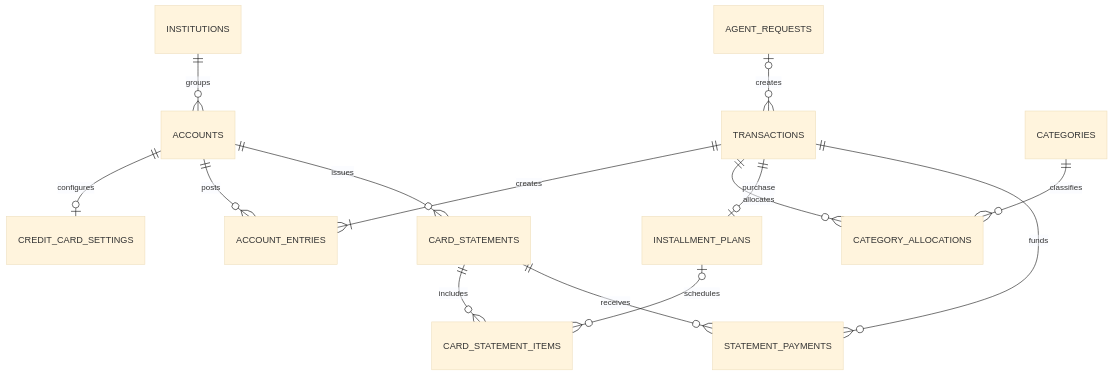
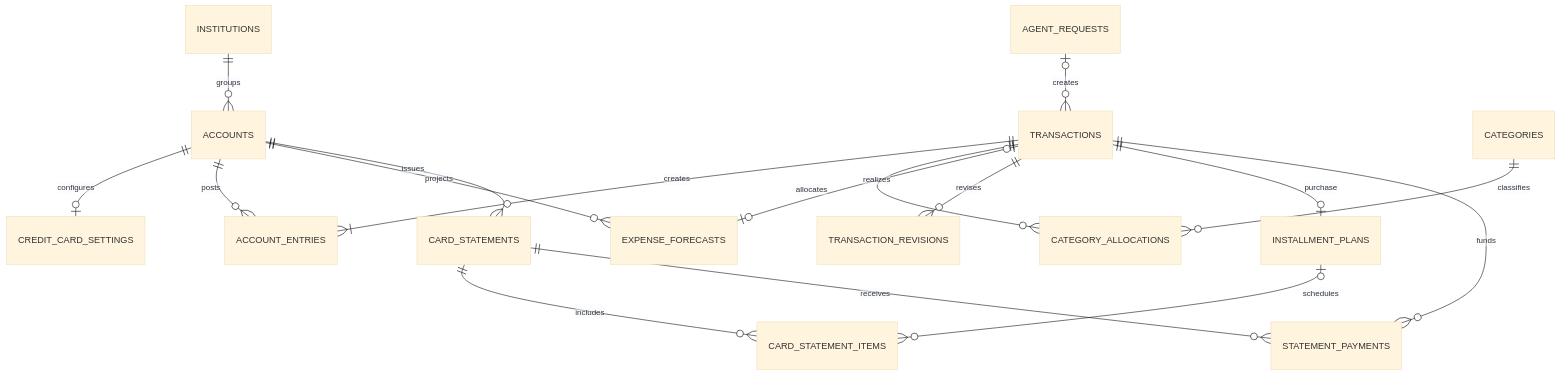
One commit to gdsantana/marvin-project changed the first of 2 diagrams in docs/data-model.md. Above: the diagram before and after it, drawn with Mermaid (base theme). The commit also changed other lines of this file and 153 other files, not shown here.

````diff
--- a/docs/data-model.md
+++ b/docs/data-model.md
@@ -88,16 +88,19 @@
 ```mermaid
 erDiagram
   INSTITUTIONS ||--o{ ACCOUNTS : groups
   ACCOUNTS ||--o| CREDIT_CARD_SETTINGS : configures
   ACCOUNTS ||--o{ ACCOUNT_ENTRIES : posts
   TRANSACTIONS ||--|{ ACCOUNT_ENTRIES : creates
   CATEGORIES ||--o{ CATEGORY_ALLOCATIONS : classifies
   TRANSACTIONS ||--o{ CATEGORY_ALLOCATIONS : allocates
+  ACCOUNTS ||--o{ EXPENSE_FORECASTS : projects
+  TRANSACTIONS o|--o| EXPENSE_FORECASTS : realizes
+  TRANSACTIONS ||--o{ TRANSACTION_REVISIONS : revises
   TRANSACTIONS ||--o| INSTALLMENT_PLANS : purchase
   ACCOUNTS ||--o{ CARD_STATEMENTS : issues
   INSTALLMENT_PLANS o|--o{ CARD_STATEMENT_ITEMS : schedules
   CARD_STATEMENTS ||--o{ CARD_STATEMENT_ITEMS : includes
   CARD_STATEMENTS ||--o{ STATEMENT_PAYMENTS : receives
   TRANSACTIONS ||--o{ STATEMENT_PAYMENTS : funds
   AGENT_REQUESTS o|--o{ TRANSACTIONS : creates
 ```
````
